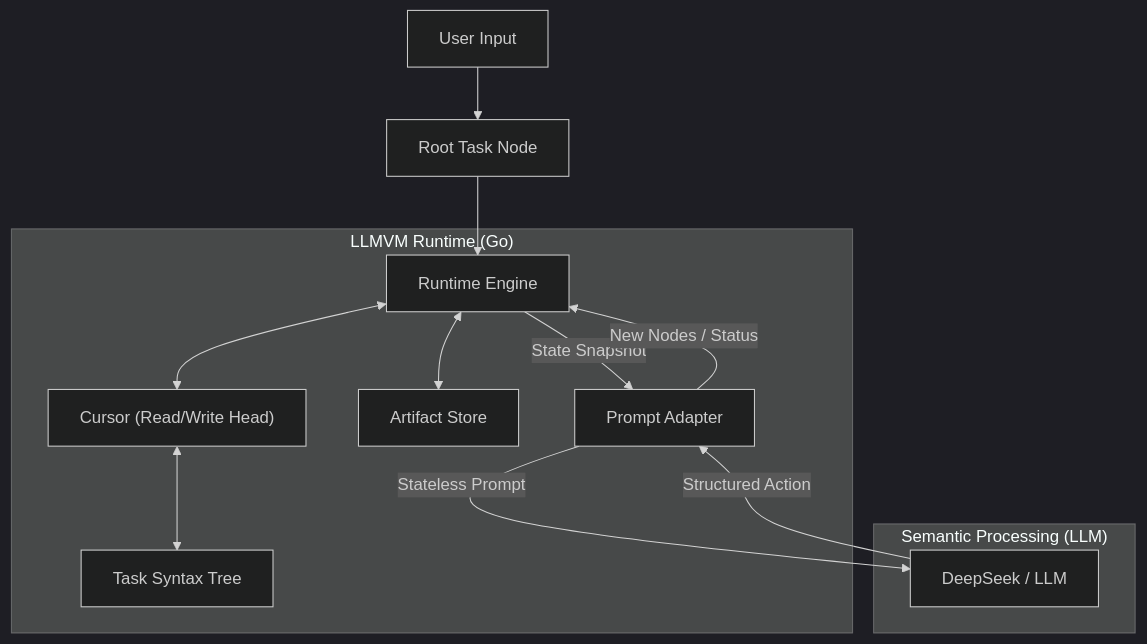
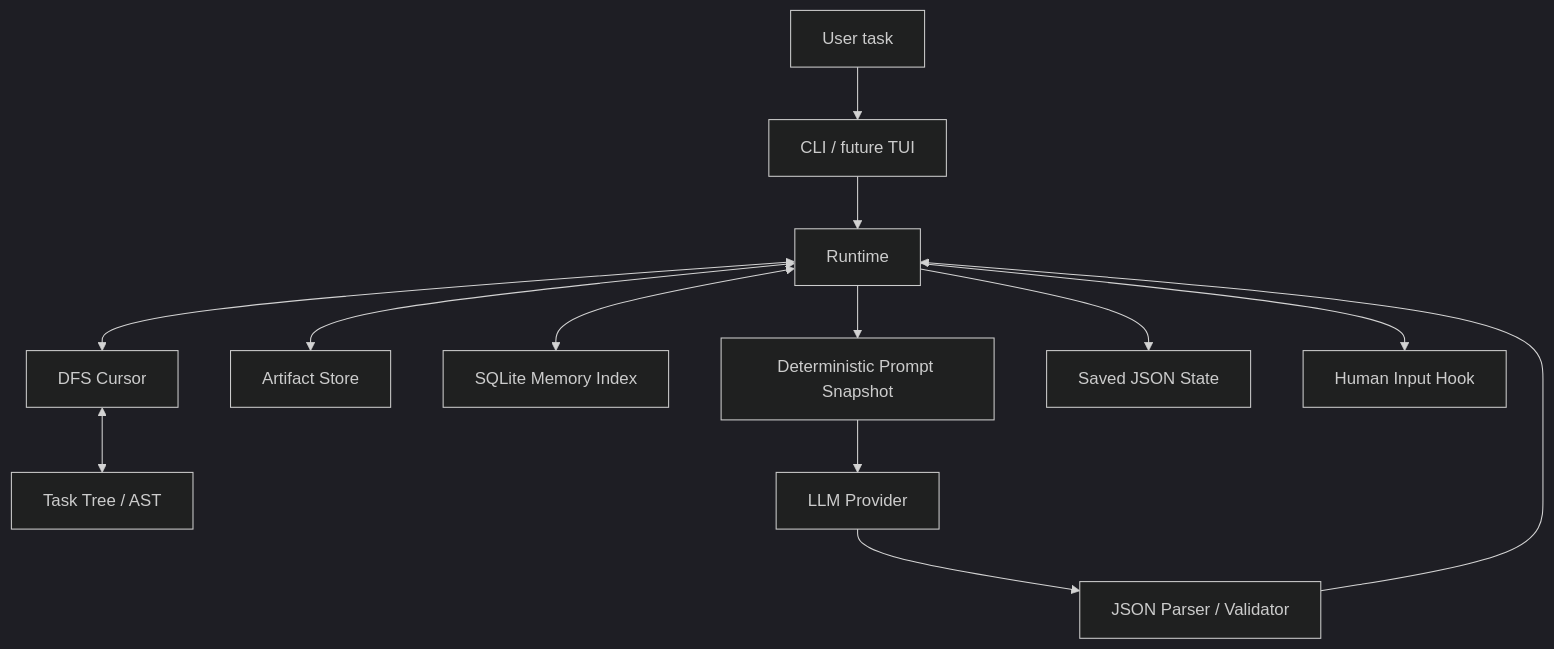
Before and after one commit to Steve65535/llmvm: the diagram in README.md, drawn with Mermaid (dark theme). The commit also changed other lines of this file and 22 other files, not shown here.

````diff
--- a/README.md
+++ b/README.md
@@ -77,19 +184,18 @@
 ```mermaid
 graph TD
-    User["User Input"] --> Root["Root Task Node"]
-    Root --> Runtime["Runtime Engine"]
+    User["User task"] --> CLI["CLI / future TUI"]
+    CLI --> Runtime["Runtime"]
 
-    subgraph "LLMVM Runtime (Go)"
-        Runtime <--> Cursor["Cursor (Read/Write Head)"]
-        Cursor <--> TaskTree["Task Syntax Tree"]
-        Runtime <--> ArtStore["Artifact Store"]
-        Runtime -- State Snapshot --> Adapter["Prompt Adapter"]
-    end
+    Runtime <--> Cursor["DFS Cursor"]
+    Cursor <--> Tree["Task Tree / AST"]
+    Runtime <--> Artifacts["Artifact Store"]
+    Runtime <--> Memory["SQLite Memory Index"]
+    Runtime --> Prompt["Deterministic Prompt Snapshot"]
 
-    subgraph "Semantic Processing (LLM)"
-        Adapter -- Stateless Prompt --> LLM["DeepSeek / LLM"]
-        LLM -- Structured Action --> Adapter
-    end
+    Prompt --> LLM["LLM Provider"]
+    LLM --> Parser["JSON Parser / Validator"]
+    Parser --> Runtime
 
-    Adapter -- "New Nodes / Status" --> Runtime
+    Runtime --> State["Saved JSON State"]
+    Runtime --> Human["Human Input Hook"]
 ```
````
